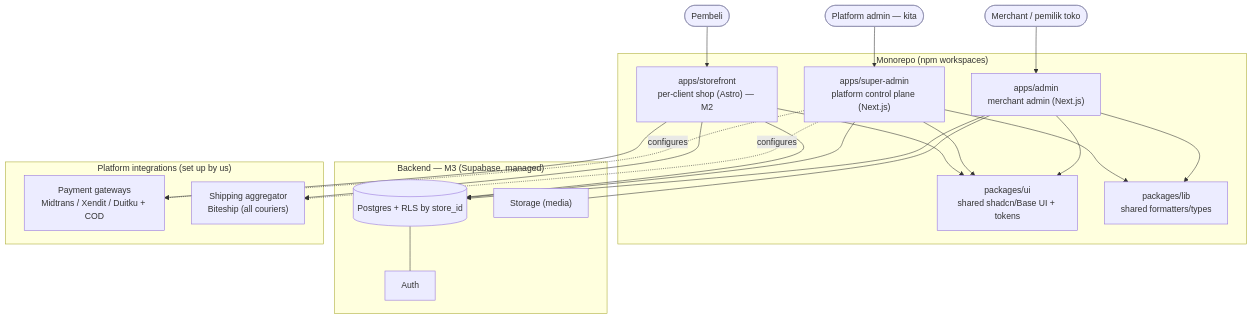
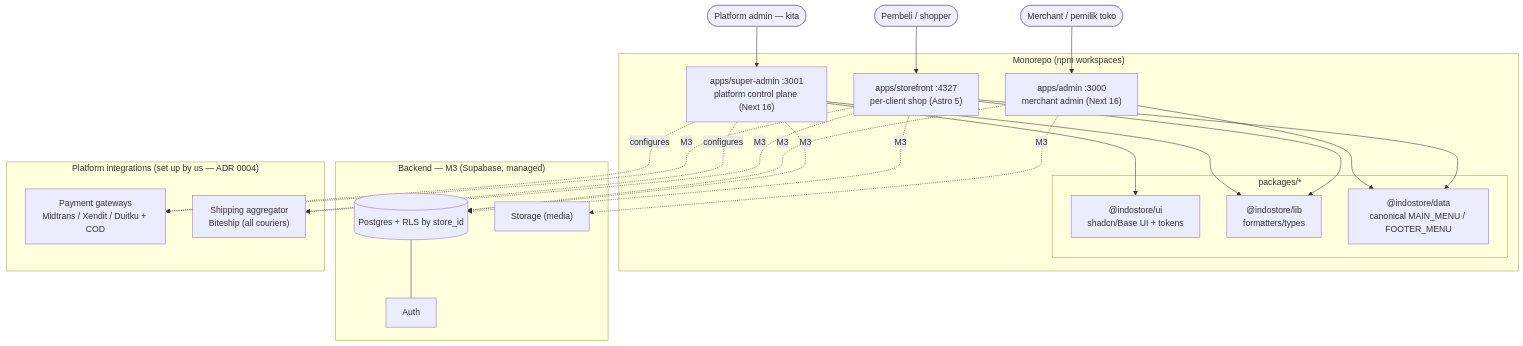
One commit to ongkipro/tokophi changed the first of 9 diagrams in specs/docs/UML.md. Above: the diagram before and after it, drawn with Mermaid. The commit also changed other lines of this file and 12 other files, not shown here.

First line of the commit message:
Docs: perfect PRD v0.4/README/ARCHITECTURE + new GUIDE, UML (9 diagrams), ADR 0005/0006; declare @indostore/data deps

````diff
--- a/specs/docs/UML.md
+++ b/specs/docs/UML.md
@@ -7,45 +10,50 @@
 ```mermaid
 graph TB
-  Shopper([Pembeli]):::user
+  Shopper([Pembeli / shopper]):::user
   Merchant([Merchant / pemilik toko]):::user
   PlatformAdmin([Platform admin — kita]):::user
 
   subgraph Monorepo["Monorepo (npm workspaces)"]
-    SuperAdmin["apps/super-admin<br/>platform control plane (Next.js)"]
-    Admin["apps/admin<br/>merchant admin (Next.js)"]
-    Storefront["apps/storefront<br/>per-client shop (Astro) — M2"]
-    UI["packages/ui<br/>shared shadcn/Base UI + tokens"]
-    Lib["packages/lib<br/>shared formatters/types"]
+    Admin["apps/admin :3000<br/>merchant admin (Next 16)"]
+    SuperAdmin["apps/super-admin :3001<br/>platform control plane (Next 16)"]
+    Storefront["apps/storefront :4327<br/>per-client shop (Astro 5)"]
+    subgraph Packages["packages/*"]
+      UI["@indostore/ui<br/>shadcn/Base UI + tokens"]
+      Lib["@indostore/lib<br/>formatters/types"]
+      Data["@indostore/data<br/>canonical MAIN_MENU / FOOTER_MENU"]
+    end
   end
 
   subgraph Backend["Backend — M3 (Supabase, managed)"]
     Auth["Auth"]
     DB[("Postgres + RLS by store_id")]
     Storage["Storage (media)"]
   end
 
-  subgraph Integrations["Platform integrations (set up by us)"]
+  subgraph Integrations["Platform integrations (set up by us — ADR 0004)"]
     PG["Payment gateways<br/>Midtrans / Xendit / Duitku + COD"]
     AGG["Shipping aggregator<br/>Biteship (all couriers)"]
   end
 
   Shopper --> Storefront
   Merchant --> Admin
   PlatformAdmin --> SuperAdmin
-  Admin --> UI
-  Admin --> Lib
+
   SuperAdmin --> UI
   SuperAdmin --> Lib
-  Storefront --> UI
-  Admin --> DB
-  SuperAdmin --> DB
-  Storefront --> DB
+  Admin --> Data
+  Storefront --> Lib
+  Storefront --> Data
+
+  Admin -. M3 .-> DB
+  SuperAdmin -. M3 .-> DB
+  Storefront -. M3 .-> DB
   DB --- Auth
-  Admin --- Storage
+  Admin -. M3 .-> Storage
   SuperAdmin -. configures .-> PG
   SuperAdmin -. configures .-> AGG
-  Storefront --> PG
-  Storefront --> AGG
+  Storefront -. M3 .-> PG
+  Storefront -. M3 .-> AGG
 
   classDef user fill:#eef,stroke:#88a;
 ```
````
